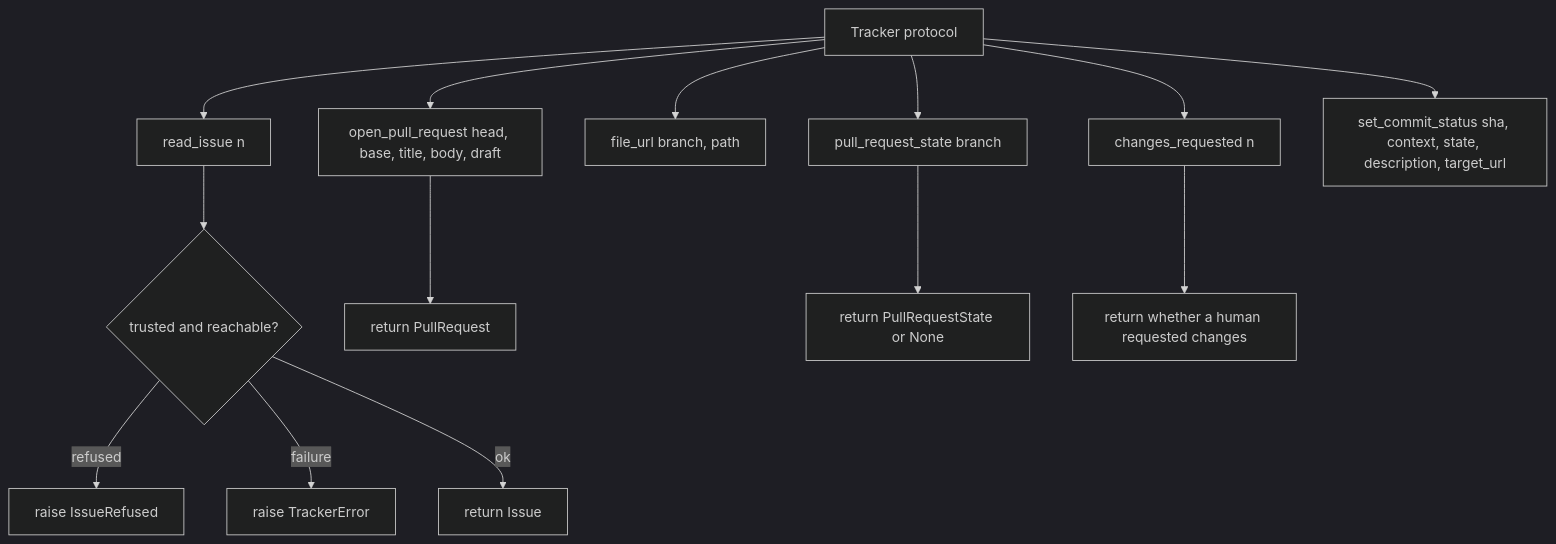
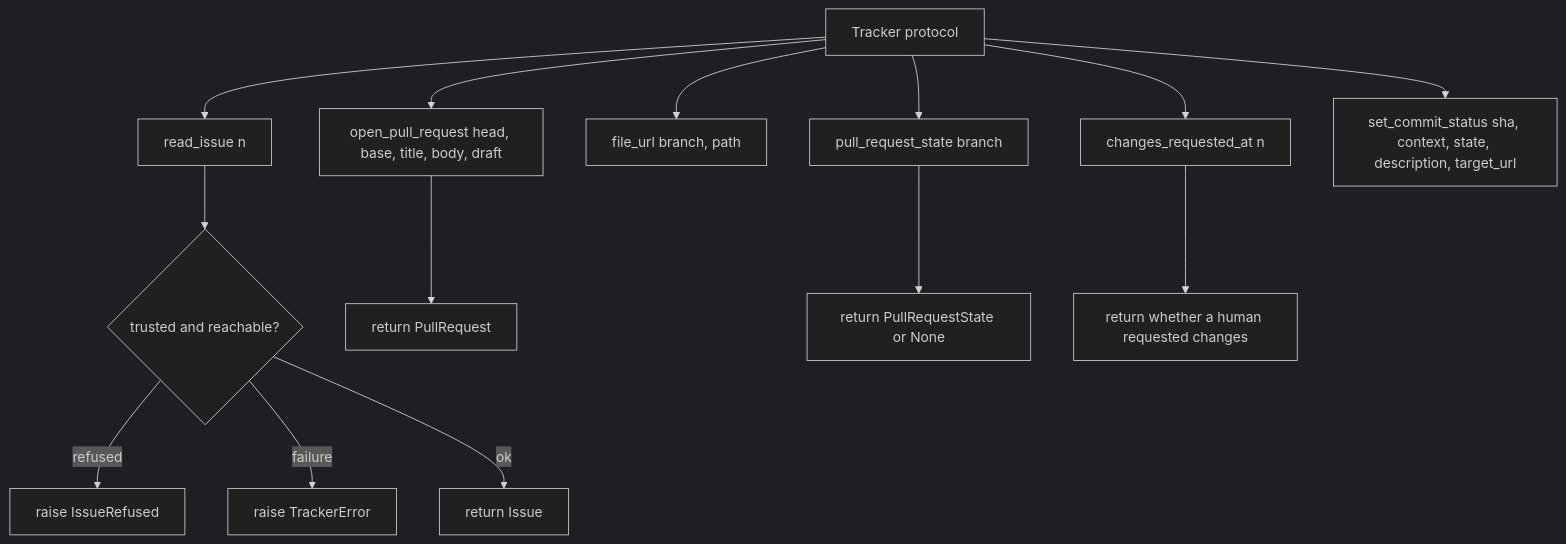
The first of 3 diagrams in docs/architecture/modules/tracker.md (plaplanche/ariane), drawn with Mermaid (dark theme) before and after one commit. The commit also changed other lines of this file and 15 other files, not shown here.

````diff
--- a/docs/architecture/modules/tracker.md
+++ b/docs/architecture/modules/tracker.md
@@ -27,16 +27,16 @@
 ```mermaid
 flowchart TD
   A[Tracker protocol] --> B[read_issue n]
   A --> C[open_pull_request head, base, title, body, draft]
   A --> D[file_url branch, path]
   A --> E[pull_request_state branch]
-  A --> K[changes_requested n]
+  A --> K[changes_requested_at n]
   A --> F[set_commit_status sha, context, state, description, target_url]
   B --> G{trusted and reachable?}
   G -- refused --> X[raise IssueRefused]
   G -- failure --> Y[raise TrackerError]
   G -- ok --> H[return Issue]
   C --> I[return PullRequest]
   E --> J[return PullRequestState or None]
   K --> L[return whether a human requested changes]
 ```
````
